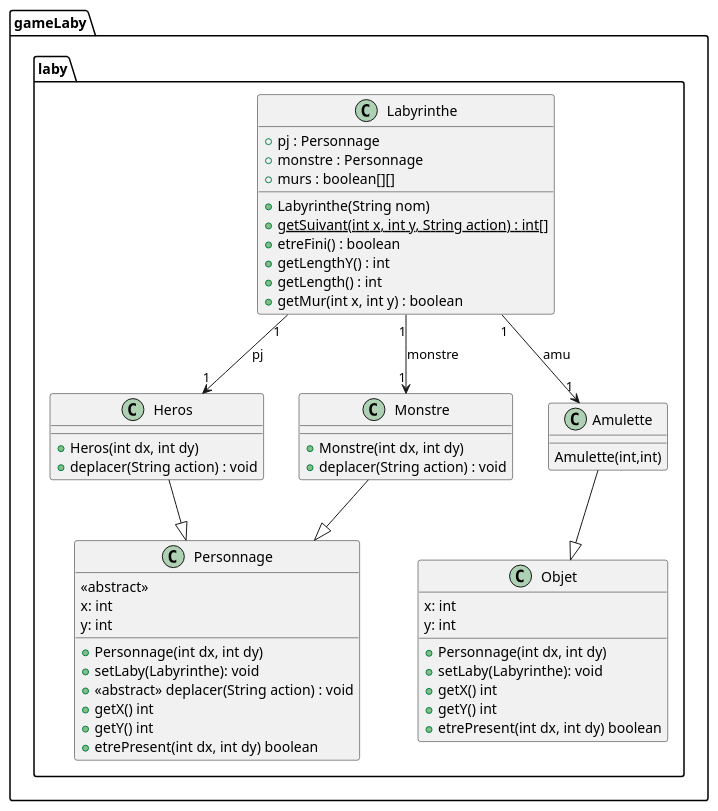
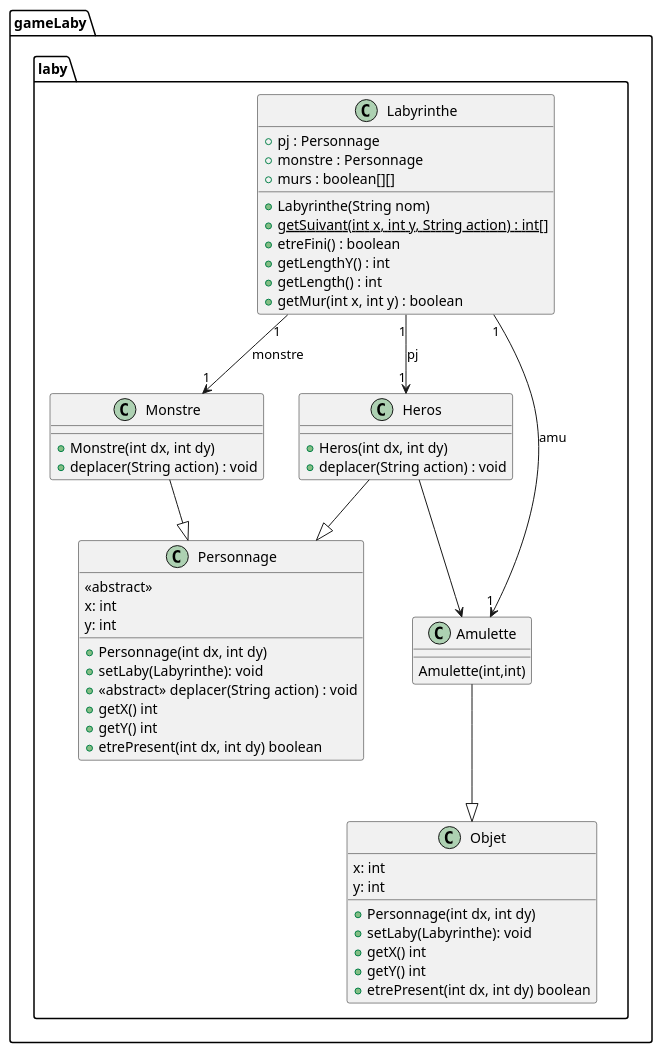
Before and after one commit to crochetremi/2025_Zeldiablo2_e20157u_e82008u_e89209u_e26078u: the diagram in documents/version_4/DC_LabyAmulette.puml, drawn with PlantUML. The commit also changed 1 other file, not shown here.

Commit message:
ajout descriptif nouvelle fonctionnalite, adpatation en consequence du diagramme de classe

```diff
--- a/documents/version_4/DC_LabyAmulette.puml
+++ b/documents/version_4/DC_LabyAmulette.puml
@@ -1,153 +1,154 @@
 @startuml
 
 
 package "gameLaby.laby" {
 
     /'interface Jeu {
             +update(double secondes, Clavier clavier) : void
             +etreFini() : boolean
     }'/
 
     /'class Main {
         +{static} main(String[] args) : void
     }'/
 
     /'class MainLaby {
         +{static} main(String[] args) : void
     }'/
 
     /'class LabyJeu {
         '+laby : Labyrinthe
         +perso : Personnage
         +monstre : Personnage
         +LabyJeu():
         +LabyJeu(String):
         +update(double secondes, Clavier clavier) : void
         +init() : void
         +etreFini() : boolean
     }'/
 
     /'class LabyDessin {
         +dessinerJeu(Jeu jeu, Canvas canvas) : void
     }'/
 
     class Labyrinthe {
         /'
         +{static} MUR : char = 'X'
         +{static} PJ : char = 'P'
         +{static} M : char = 'M'
         +{static} VIDE : char = '.'
         +{static} HAUT : String = "Haut"
         +{static} BAS : String = "Bas"
         +{static} GAUCHE : String = "Gauche"
         +{static} DROITE : String = "Droite"
         '/
         +pj : Personnage
         +monstre : Personnage
         +murs : boolean[][]
         +Labyrinthe(String nom)
         +{static} getSuivant(int x, int y, String action) : int[]
         +etreFini() : boolean
         +getLengthY() : int
         +getLength() : int
         +getMur(int x, int y) : boolean
     }
 
         class Personnage {
             <<abstract>>
             x: int
             y: int
             +Personnage(int dx, int dy)
             +setLaby(Labyrinthe): void
             +<<abstract>> deplacer(String action) : void
             +getX() int
             +getY() int
             +etrePresent(int dx, int dy) boolean
         }
 
 
     class Heros {
         +Heros(int dx, int dy)
         +deplacer(String action) : void
     }
 
     class Monstre {
         +Monstre(int dx, int dy)
         +deplacer(String action) : void
     }
 
     class Objet{
         x: int
         y: int
         +Personnage(int dx, int dy)
         +setLaby(Labyrinthe): void
         +getX() int
         +getY() int
         +etrePresent(int dx, int dy) boolean
     }
 
     class Amulette{
         Amulette(int,int)
     }
 
 }
 
 package "moteurJeu" {
     interface Jeu {
         +update(double secondes, Clavier clavier) : void
         +etreFini() : boolean
     }
 
     interface DessinJeu {
         +dessinerJeu(Jeu jeu, Canvas canvas) : void
     }
 
     class Clavier {
         +bas : boolean
         +haut : boolean
         +gauche : boolean
         +droite : boolean
     }
 
     class MoteurJeu {
         +{static} setTaille(int width, int height) : void
         +{static} setFPS(int fps) : void
         +{static} launch(Jeu jeu, DessinJeu dessin) : void
     }
 }
 
 ' Relations
 /'Jeu <|.. LabyJeu
 DessinJeu <|.. LabyDessin
 
 Labyrinthe --> Monstre
 Labyrinthe --> Heros
 
 
 LabyJeu --> Labyrinthe : contains
 Personnage <|-- Heros
 Personnage <|-- Monstre
 Labyrinthe --> Personnage
 
 
 Main ..> Labyrinthe : uses
 MainLaby ..> LabyJeu : creates
 MainLaby ..> LabyDessin : creates
 MainLaby ..> MoteurJeu : uses
 
 LabyJeu ..> Clavier : uses
 LabyDessin ..> LabyJeu : uses
 '/
 
 Labyrinthe "1" --> "1" Monstre : monstre
 Labyrinthe "1" --> "1" Heros : pj
 Labyrinthe "1" --> "1" Amulette : amu
 
 Heros --|> Personnage
 Monstre --|> Personnage
 Amulette --|> Objet
 
+Heros --> Amulette
 
 remove moteurJeu
 
 @enduml
```
